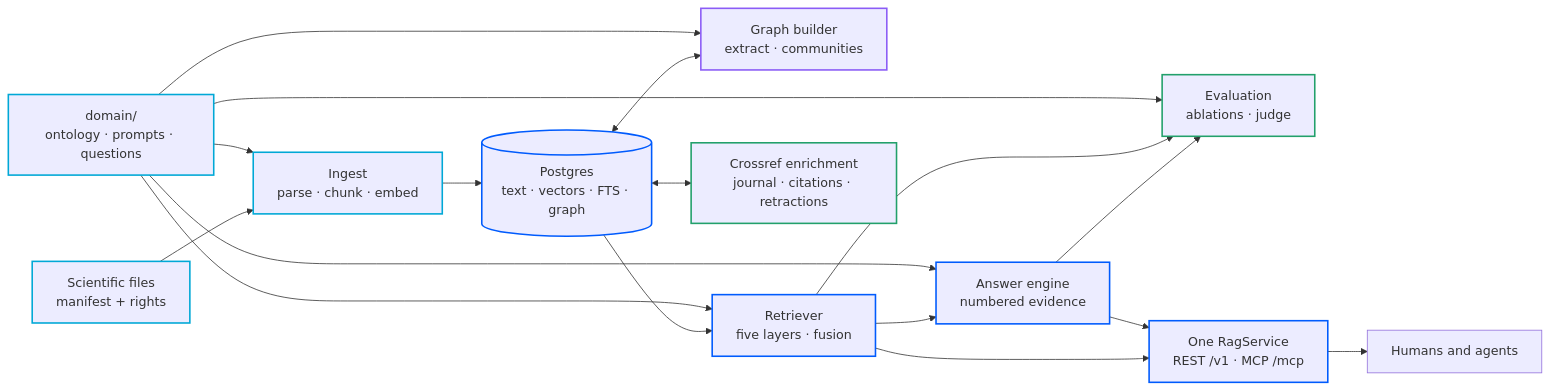
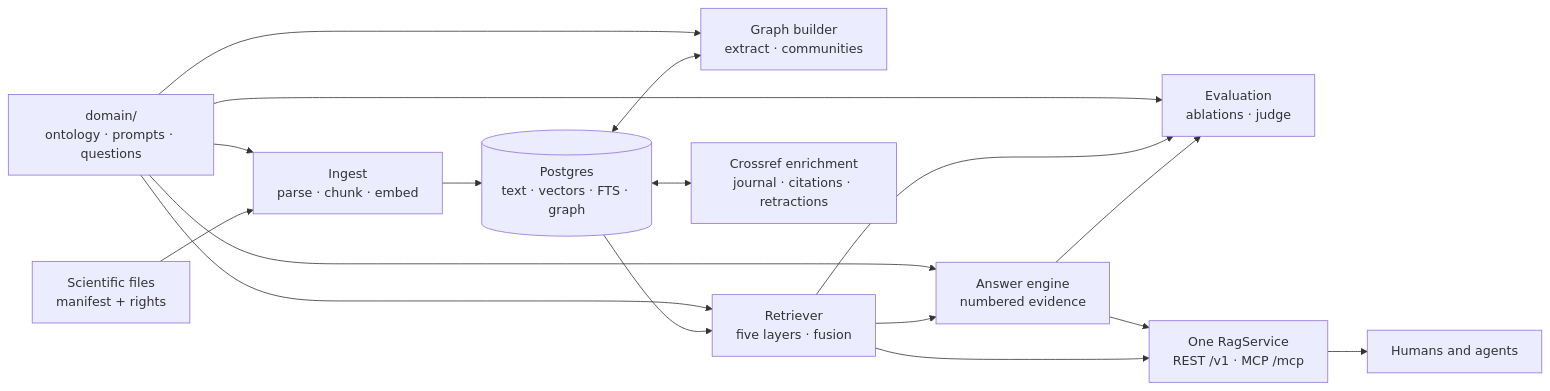
The first of 2 diagrams in docs/architecture.md (sustainability-software-lab/sci-rag-kit), drawn with Mermaid before and after one commit. The commit also changed other lines of this file and 19 other files, not shown here.

````diff
--- a/docs/architecture.md
+++ b/docs/architecture.md
@@ -9,37 +9,28 @@
 ```mermaid
 flowchart LR
   D[domain/<br/>ontology · prompts · questions]
   S[Scientific files<br/>manifest + rights]
   I[Ingest<br/>parse · chunk · embed]
   DB[(Postgres<br/>text · vectors · FTS · graph)]
   G[Graph builder<br/>extract · communities]
   R[Retriever<br/>five layers · fusion]
   A[Answer engine<br/>numbered evidence]
   E[Evaluation<br/>ablations · judge]
   X[Crossref enrichment<br/>journal · citations · retractions]
   API[One RagService<br/>REST /v1 · MCP /mcp]
   U[Humans and agents]
 
   D --> I
   D --> G
   D --> R
   D --> A
   D --> E
   S --> I --> DB
   DB <--> X
   DB <--> G
   DB --> R --> A
   R --> E
   A --> E
   A --> API --> U
   R --> API
-
-  classDef source stroke:#00a8d6,stroke-width:2px
-  classDef process stroke:#005bfd,stroke-width:2px
-  classDef graphNode stroke:#8b5cf6,stroke-width:2px
-  classDef verify stroke:#22a06b,stroke-width:2px
-  class S,D,I source
-  class DB,R,A,API process
-  class G graphNode
-  class E,X verify
 ```
````
